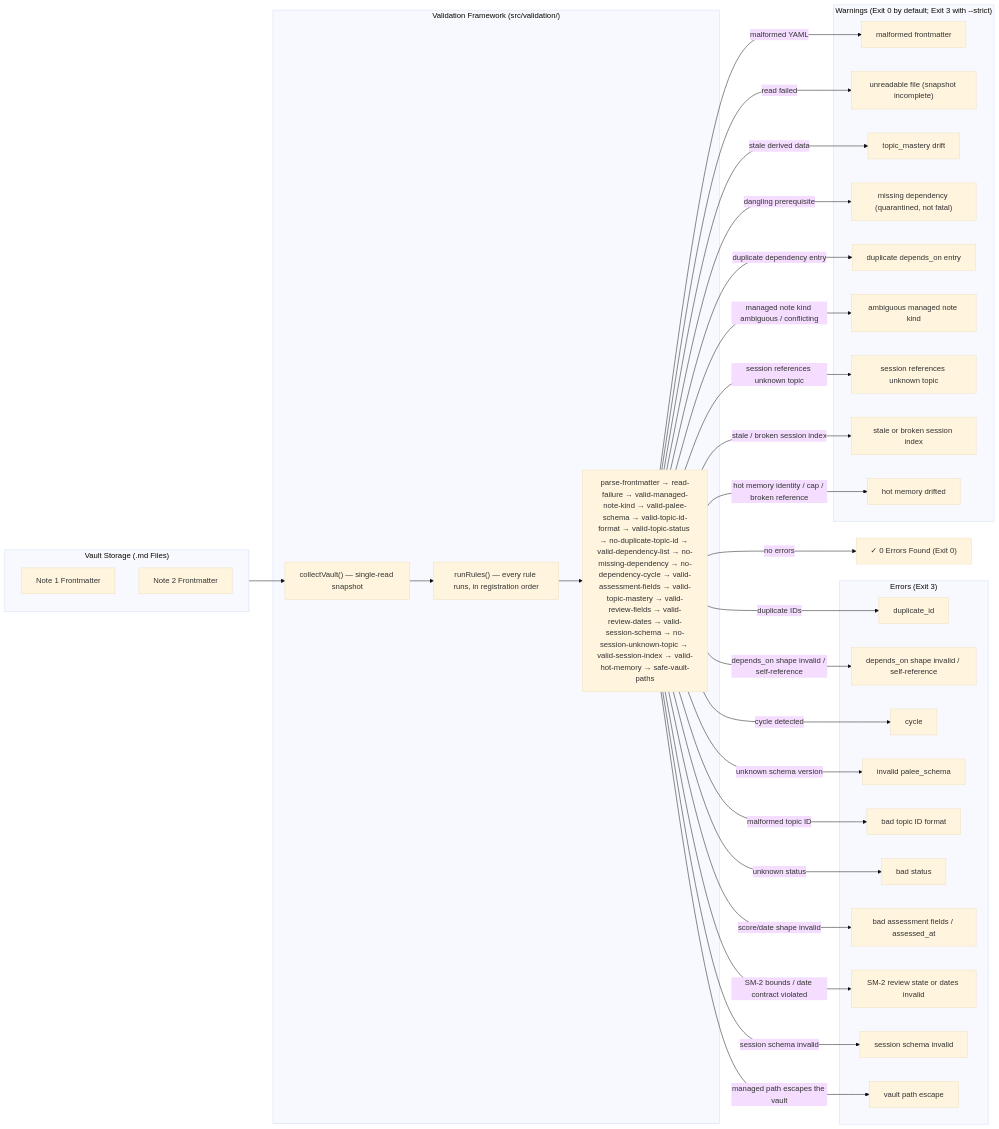
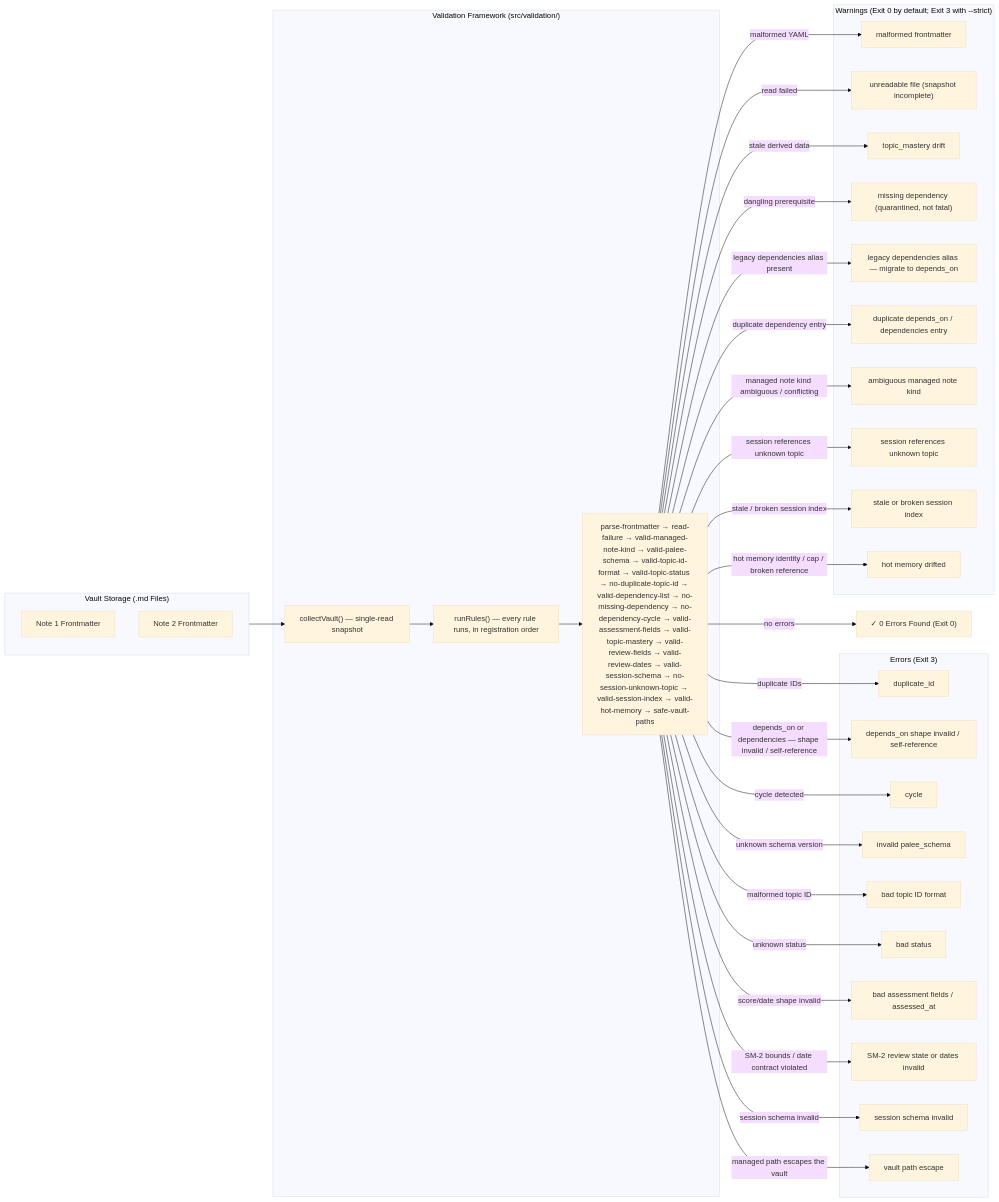
Before and after one commit to Kuldeep2822k/cli: the second of 2 diagrams in docs/02-3-reporting-commands.md, drawn with Mermaid (base theme). The commit also changed other lines of this file and 2 other files, not shown here.

Commit message:
fix(validation): validate legacy dependencies alias (#171.2, #181) (#187)
* fix(validation): validate legacy dependencies alias (#171.2, #181)

Add validation for the legacy `dependencies` key in valid-dependency-list
rule so the validator covers what the loader consumes. Topics using the
deprecated alias now get an advisory warning to migrate to depends_on,
plus full shape/self-ref/duplicate diagnostics for malformed values.

* docs(validation): document legacy dependencies alias advisory (#187)

Update valid-dependency-list rule metadata (description + JSDoc) and
validation-command docs (02-3-reporting-commands.md) to reflect that
the rule now emits an advisory warning when the legacy dependencies
alias is present on a topic note.

Closes Greptile P2 finding: legacy warning was undocumented.

* docs(validation): update Mermaid diagram to show legacy dependencies alias advisory (#187)

Add WarnDepLegacy node for the legacy dependencies alias migration
warning, connect it from the Rules flow, and update ErrDepShape and
WarnDepDup labels to reference both depends_on and dependencies fields.

Addresses Greptile review finding on docs/02-3-reporting-commands.md.

````diff
--- a/docs/02-3-reporting-commands.md
+++ b/docs/02-3-reporting-commands.md
@@ -214,62 +214,64 @@
 ```mermaid
 flowchart LR
     subgraph Storage ["Vault Storage (.md Files)"]
         FM1["Note 1 Frontmatter"]
         FM2["Note 2 Frontmatter"]
     end
     
     subgraph Analyzer ["Validation Framework (src/validation/)"]
         Scan["collectVault() — single-read snapshot"]
         Runner["runRules() — every rule runs, in registration order"]
         Rules["parse-frontmatter → read-failure → valid-managed-note-kind → valid-palee-schema → valid-topic-id-format → valid-topic-status → no-duplicate-topic-id → valid-dependency-list → no-missing-dependency → no-dependency-cycle → valid-assessment-fields → valid-topic-mastery → valid-review-fields → valid-review-dates → valid-session-schema → no-session-unknown-topic → valid-session-index → valid-hot-memory → safe-vault-paths"]
     end
     
     subgraph Errors ["Errors (Exit 3)"]
         ErrDup["duplicate_id"]
         ErrDepShape["depends_on shape invalid / self-reference"]
         ErrCyc["cycle"]
         ErrSchema["invalid palee_schema"]
         ErrId["bad topic ID format"]
         ErrStatus["bad status"]
         ErrAssess["bad assessment fields / assessed_at"]
         ErrReview["SM-2 review state or dates invalid"]
         ErrSession["session schema invalid"]
         ErrPaths["vault path escape"]
     end
 
     subgraph Warnings ["Warnings (Exit 0 by default; Exit 3 with --strict)"]
         WarnParse["malformed frontmatter"]
         WarnRead["unreadable file (snapshot incomplete)"]
         WarnMastery["topic_mastery drift"]
         WarnMiss["missing dependency (quarantined, not fatal)"]
-        WarnDepDup["duplicate depends_on entry"]
+        WarnDepLegacy["legacy dependencies alias — migrate to depends_on"]
+        WarnDepDup["duplicate depends_on / dependencies entry"]
         WarnKind["ambiguous managed note kind"]
         WarnSessionTopic["session references unknown topic"]
         WarnIndex["stale or broken session index"]
         WarnHot["hot memory drifted"]
     end
     
     Storage --> Scan
     Scan --> Runner
     Runner --> Rules
     Rules -->|"duplicate IDs"| ErrDup
     Rules -->|"dangling prerequisite"| WarnMiss
-    Rules -->|"depends_on shape invalid / self-reference"| ErrDepShape
+    Rules -->|"depends_on or dependencies — shape invalid / self-reference"| ErrDepShape
     Rules -->|"cycle detected"| ErrCyc
     Rules -->|"unknown schema version"| ErrSchema
     Rules -->|"malformed topic ID"| ErrId
     Rules -->|"unknown status"| ErrStatus
     Rules -->|"score/date shape invalid"| ErrAssess
     Rules -->|"SM-2 bounds / date contract violated"| ErrReview
+    Rules -->|"legacy dependencies alias present"| WarnDepLegacy
     Rules -->|"duplicate dependency entry"| WarnDepDup
     Rules -->|"managed note kind ambiguous / conflicting"| WarnKind
     Rules -->|"session schema invalid"| ErrSession
     Rules -->|"session references unknown topic"| WarnSessionTopic
     Rules -->|"stale / broken session index"| WarnIndex
     Rules -->|"hot memory identity / cap / broken reference"| WarnHot
     Rules -->|"managed path escapes the vault"| ErrPaths
     Rules -->|"malformed YAML"| WarnParse
     Rules -->|"read failed"| WarnRead
     Rules -->|"stale derived data"| WarnMastery
     Rules -->|"no errors"| Success["✓ 0 Errors Found (Exit 0)"]
 ```
````
